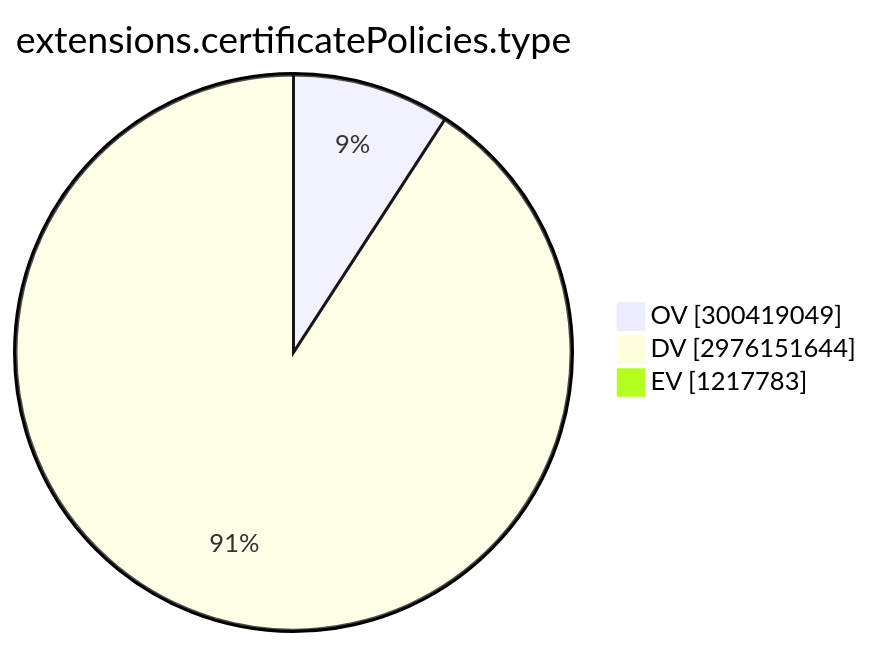
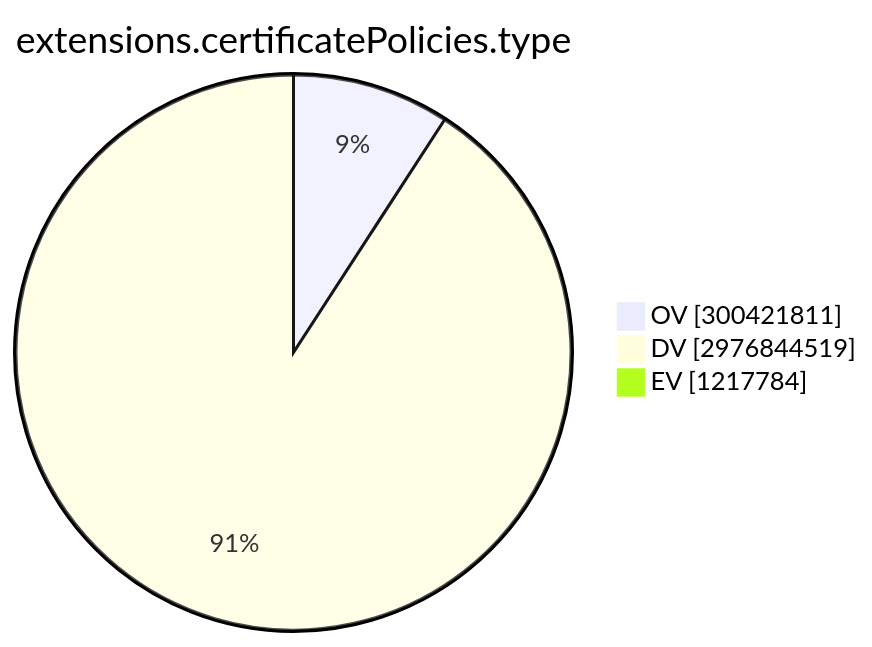
The ninth of 15 diagrams in TOTAL/README.md (christiankrug/ctmonitor_visualization), drawn with Mermaid before and after one commit. The commit also changed other lines of this file, not shown here.

````diff
--- a/TOTAL/README.md
+++ b/TOTAL/README.md
@@ -3101,7 +3101,7 @@
 ```mermaid
 pie showData
 title extensions.certificatePolicies.type
-"OV" :300419049
-"DV" :2976151644
-"EV" :1217783
+"OV" :300421811
+"DV" :2976844519
+"EV" :1217784
 ```
````
